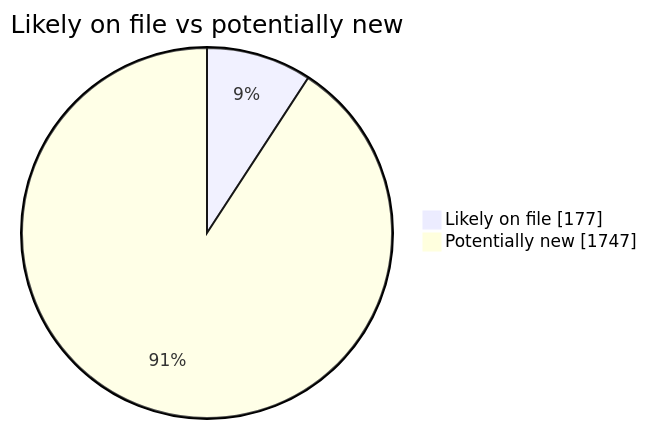
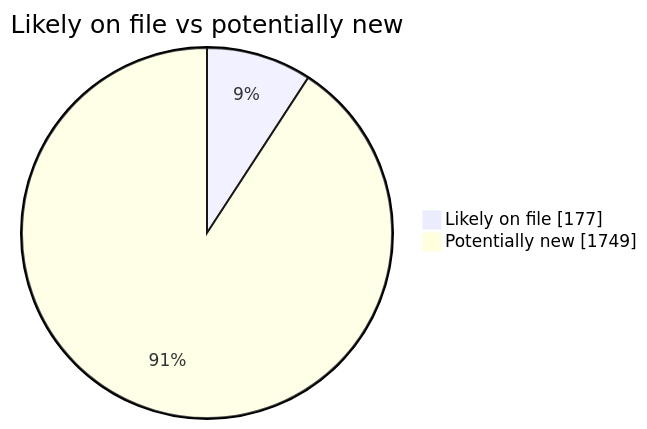
Before and after one commit to martinbalfanz/social-scanner-reports: the second of 4 diagrams in README.md, drawn with Mermaid. The commit also changed other lines of this file and 4 other files, not shown here.

````diff
--- a/README.md
+++ b/README.md
@@ -40,5 +40,5 @@
 ```mermaid
 pie showData title Likely on file vs potentially new
     "Likely on file" : 177
-    "Potentially new" : 1747
+    "Potentially new" : 1749
 ```
````
